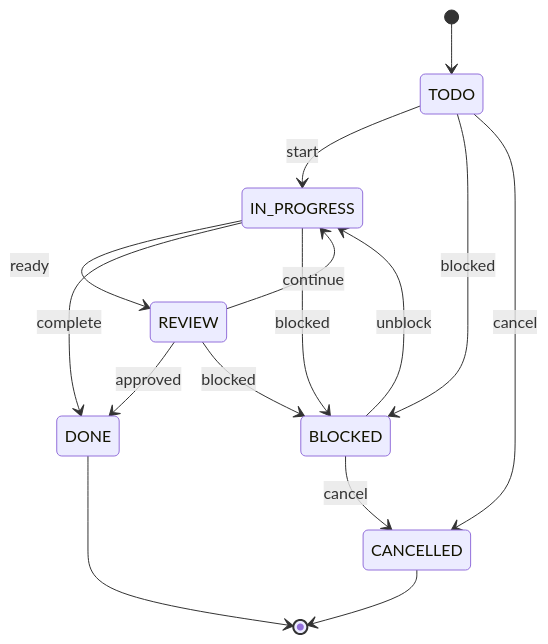
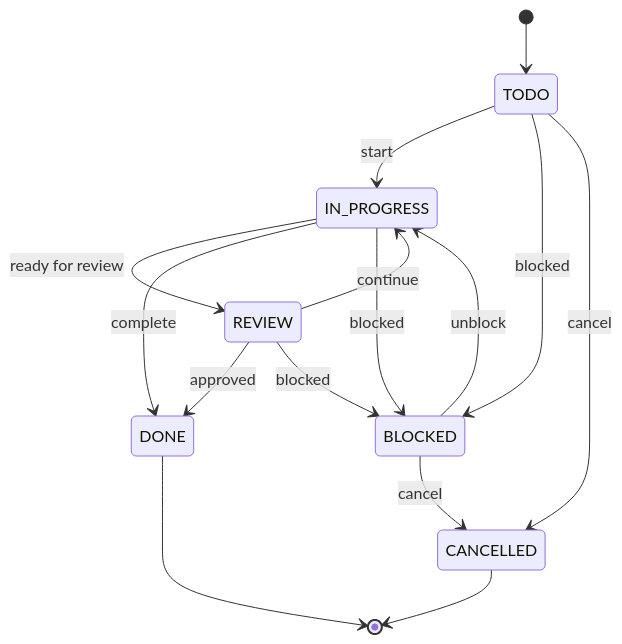
The third of 4 diagrams in README.md (ask444d/vibeboard), drawn with Mermaid before and after one commit. The commit also changed other lines of this file, not shown here.

Commit message:
Polish the README architecture section into a cleaner presentation-focused overview

````diff
--- a/README.md
+++ b/README.md
@@ -170,22 +182,22 @@
 ```mermaid
 stateDiagram-v2
   [*] --> TODO
 
   TODO --> IN_PROGRESS: start
   TODO --> BLOCKED: blocked
   TODO --> CANCELLED: cancel
 
-  IN_PROGRESS --> REVIEW: ready
+  IN_PROGRESS --> REVIEW: ready for review
   IN_PROGRESS --> DONE: complete
   IN_PROGRESS --> BLOCKED: blocked
 
   REVIEW --> DONE: approved
   REVIEW --> IN_PROGRESS: continue
   REVIEW --> BLOCKED: blocked
 
   BLOCKED --> IN_PROGRESS: unblock
   BLOCKED --> CANCELLED: cancel
 
   DONE --> [*]
   CANCELLED --> [*]
 ```
````
